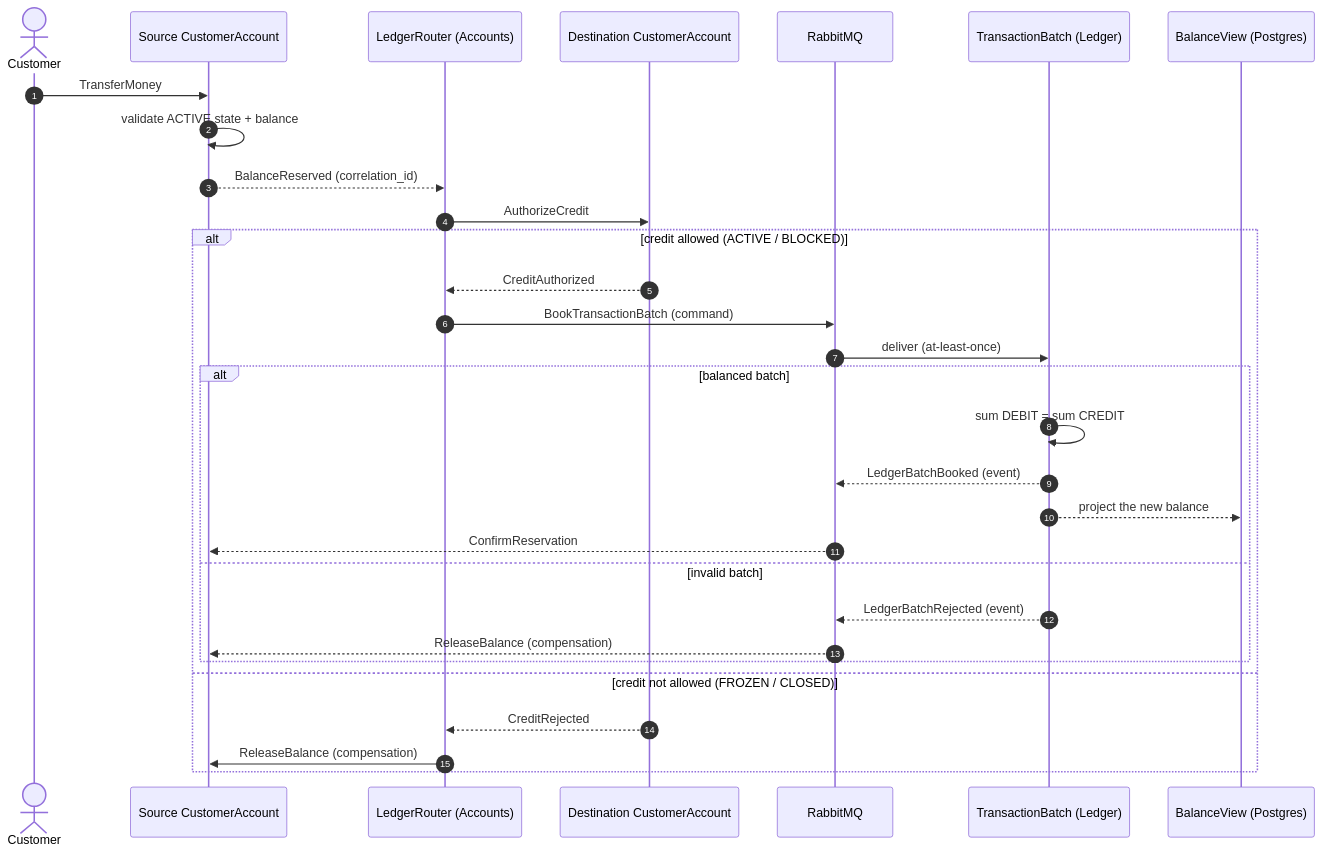
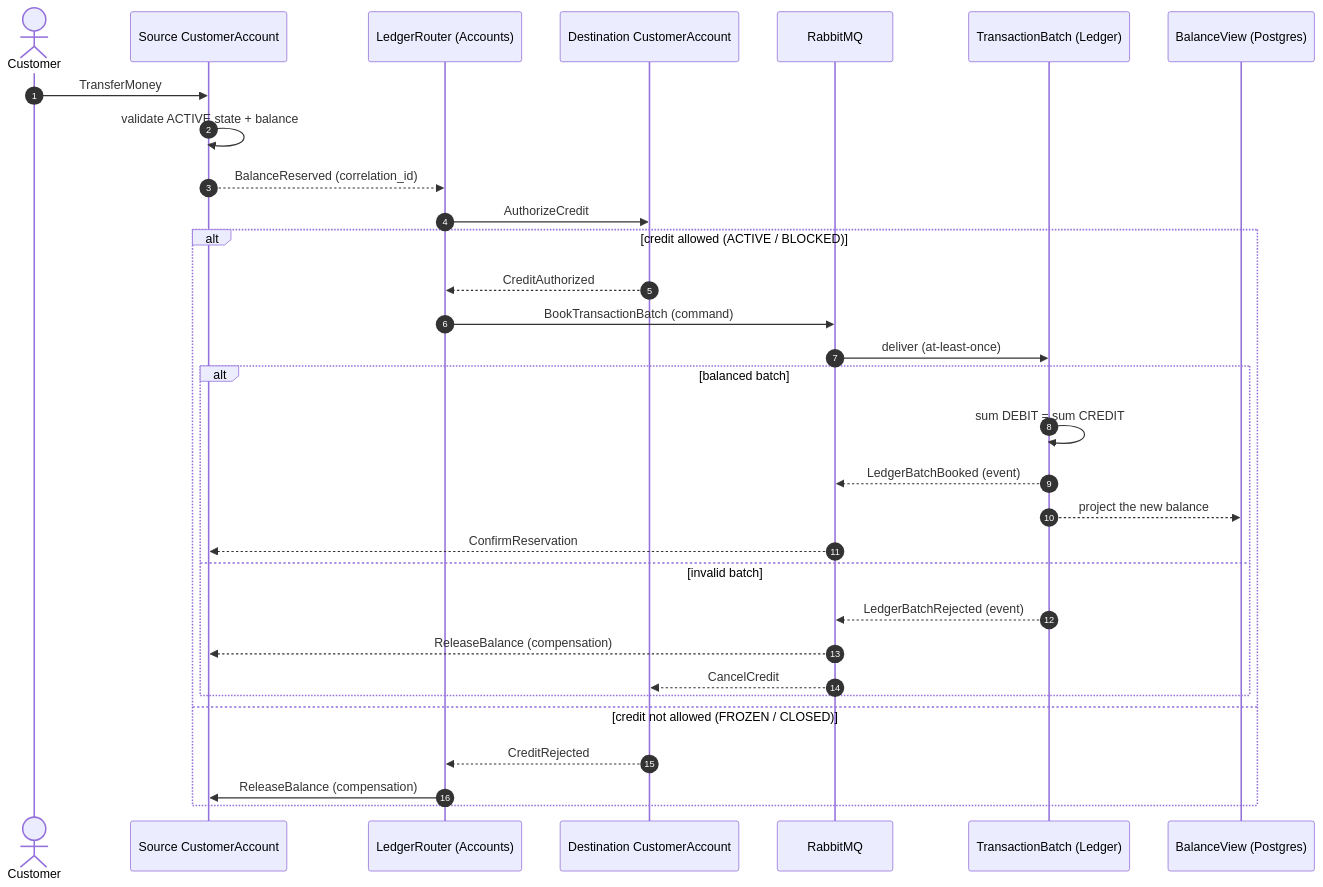
The fifth of 6 diagrams in README.md (LuanDc/banking), drawn with Mermaid before and after one commit. The commit also changed other lines of this file, not shown here.

````diff
--- a/README.md
+++ b/README.md
@@ -315,34 +315,35 @@
 ```mermaid
 sequenceDiagram
     autonumber
     actor Customer
     participant CA as Source CustomerAccount
     participant LR as LedgerRouter (Accounts)
     participant DA as Destination CustomerAccount
     participant MQ as RabbitMQ
     participant TB as TransactionBatch (Ledger)
     participant PJ as BalanceView (Postgres)
 
     Customer->>CA: TransferMoney
     CA->>CA: validate ACTIVE state + balance
     CA-->>LR: BalanceReserved (correlation_id)
     LR->>DA: AuthorizeCredit
 
     alt credit allowed (ACTIVE / BLOCKED)
         DA-->>LR: CreditAuthorized
         LR->>MQ: BookTransactionBatch (command)
         MQ->>TB: deliver (at-least-once)
         alt balanced batch
             TB->>TB: sum DEBIT = sum CREDIT
             TB-->>MQ: LedgerBatchBooked (event)
             TB-->>PJ: project the new balance
             MQ-->>CA: ConfirmReservation
         else invalid batch
             TB-->>MQ: LedgerBatchRejected (event)
             MQ-->>CA: ReleaseBalance (compensation)
+            MQ-->>DA: CancelCredit
         end
     else credit not allowed (FROZEN / CLOSED)
         DA-->>LR: CreditRejected
         LR->>CA: ReleaseBalance (compensation)
     end
 ```
````
